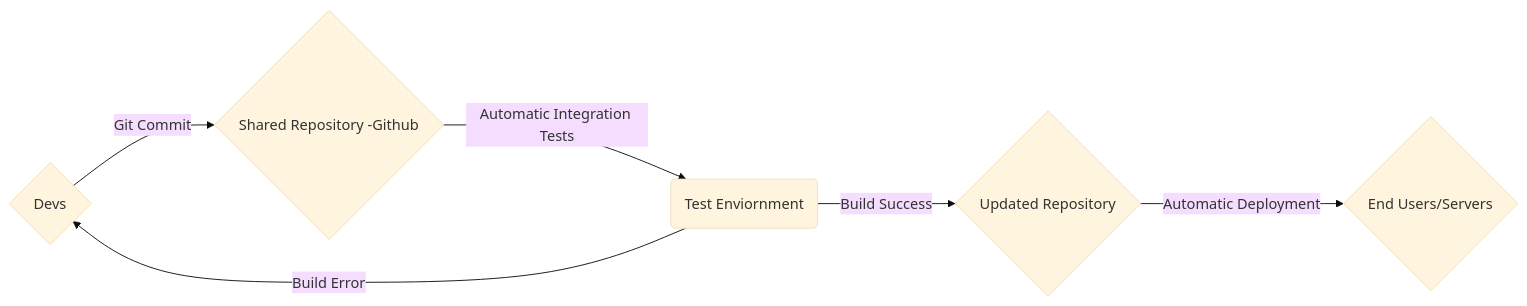
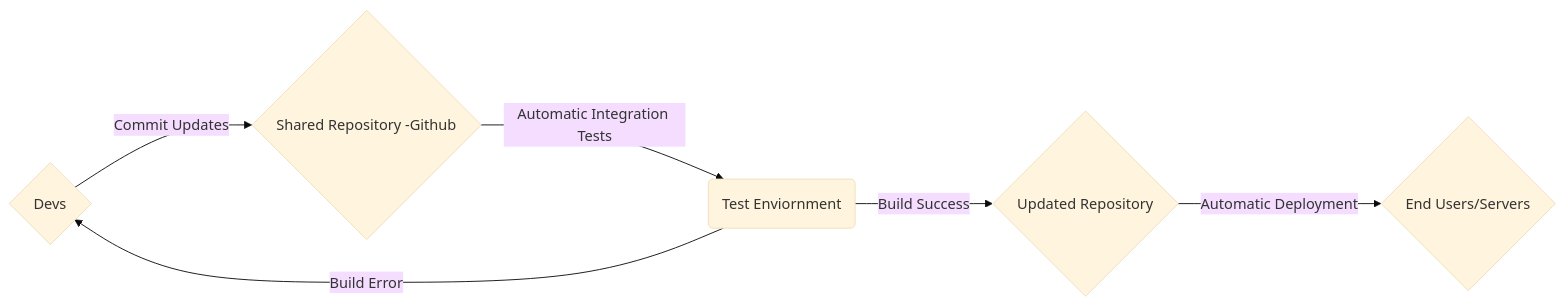
One commit to WSU-kduncan/3120-cicd-Ciriden changed the diagram in README-CD.md. Above: the diagram before and after it, drawn with Mermaid (base theme). The commit also changed other lines of this file, not shown here.

````diff
--- a/README-CD.md
+++ b/README-CD.md
@@ -11,8 +11,8 @@
   ```mermaid
 flowchart LR
-A{Devs} -->|Git Commit| B{Shared Repository -Github}
+A{Devs} -->|Commit Updates| B{Shared Repository -Github}
 B -->|Automatic Integration Tests| C(Test Enviornment)
 C -->|Build Error| A
 C -->|Build Success| D{Updated Repository}
 D -->|Automatic Deployment| E{End Users/Servers}
 ```
````
